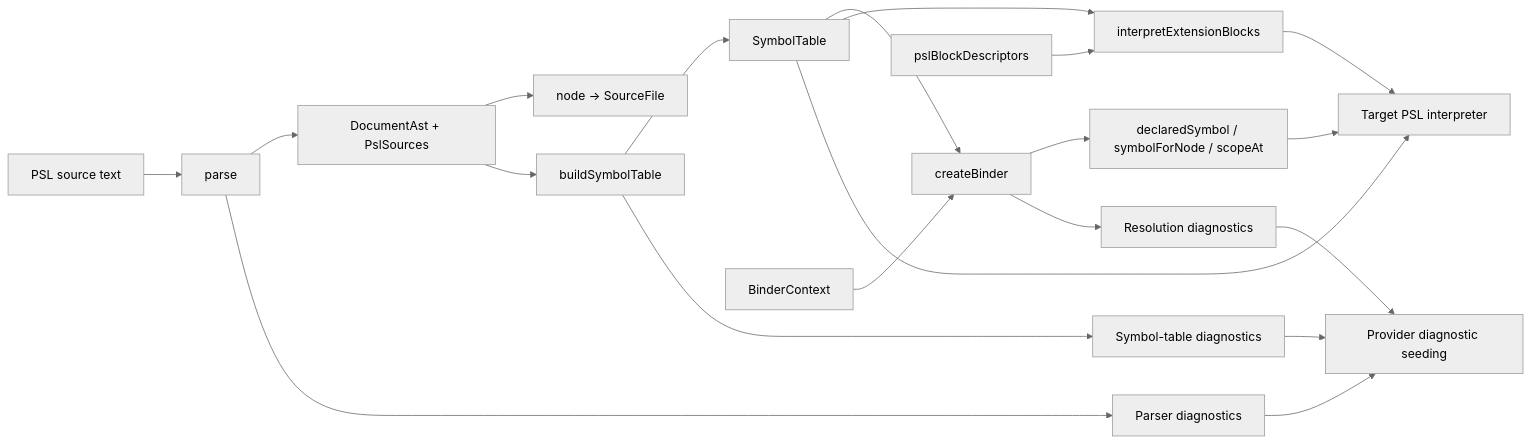
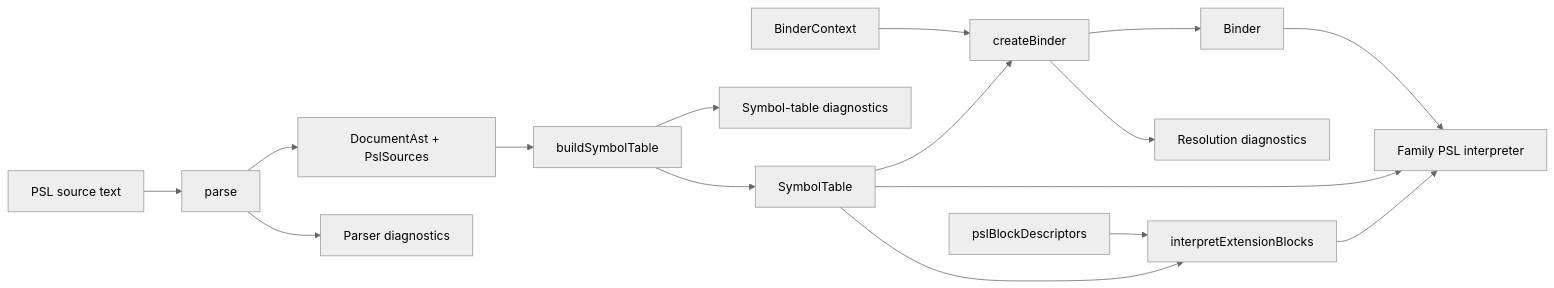
Before and after one commit to RyanGarber/prisma-orm: the diagram in packages/1-framework/2-authoring/psl-parser/README.md, drawn with Mermaid (neutral theme). The commit also changed other lines of this file and 12 other files, not shown here.

````diff
--- a/packages/1-framework/2-authoring/psl-parser/README.md
+++ b/packages/1-framework/2-authoring/psl-parser/README.md
@@ -168,22 +28,18 @@
 ```mermaid
 flowchart LR
   PSL[PSL source text] --> Parse[parse]
   Parse --> CST[DocumentAst + PslSources]
   Parse --> ParseDiagnostics[Parser diagnostics]
-  CST --> SourceLookup[node -> SourceFile]
   CST --> Symbols[buildSymbolTable]
   Symbols --> SymbolTable[SymbolTable]
   Symbols --> SymbolDiagnostics[Symbol-table diagnostics]
   SymbolTable --> Binder[createBinder]
   Context[BinderContext] --> Binder
-  Binder --> BinderQueries[declaredSymbol / symbolForNode / scopeAt]
+  Binder --> BinderQueries[Binder]
   Binder --> BinderDiagnostics[Resolution diagnostics]
   SymbolTable --> Blocks[interpretExtensionBlocks]
   Descriptors[pslBlockDescriptors] --> Blocks
-  Blocks --> Interpreter[Target PSL interpreter]
+  Blocks --> Interpreter[Family PSL interpreter]
   SymbolTable --> Interpreter
   BinderQueries --> Interpreter
-  ParseDiagnostics --> Provider[Provider diagnostic seeding]
-  SymbolDiagnostics --> Provider
-  BinderDiagnostics --> Provider
 ```
````
